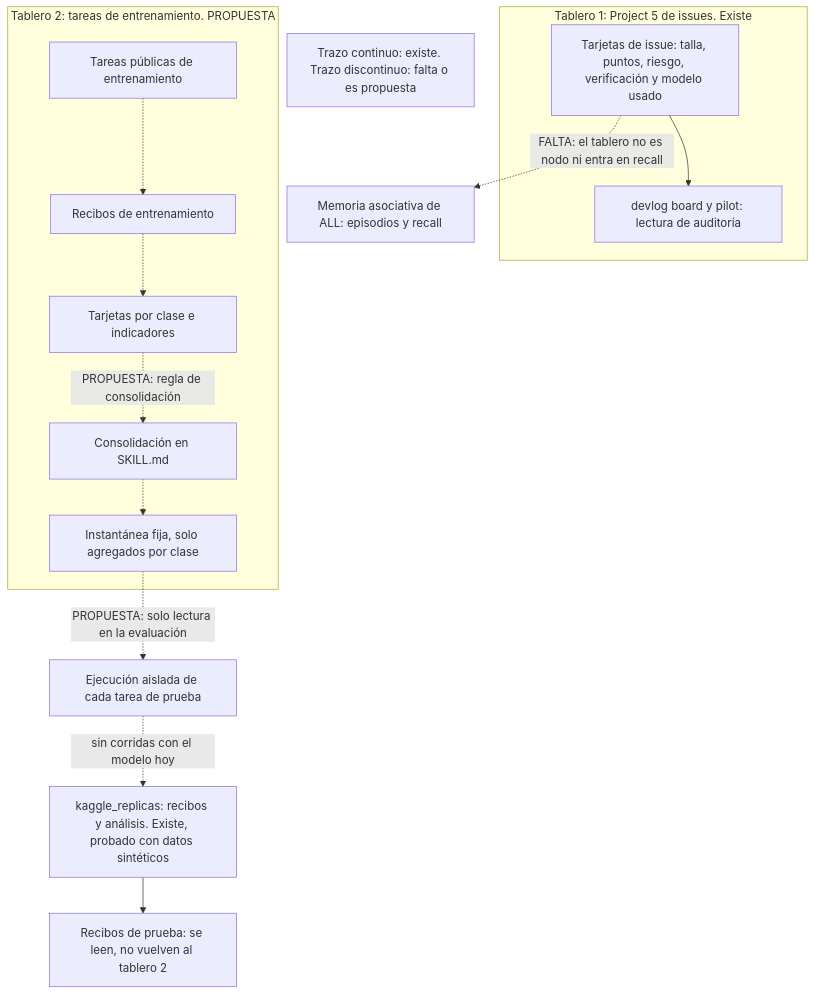
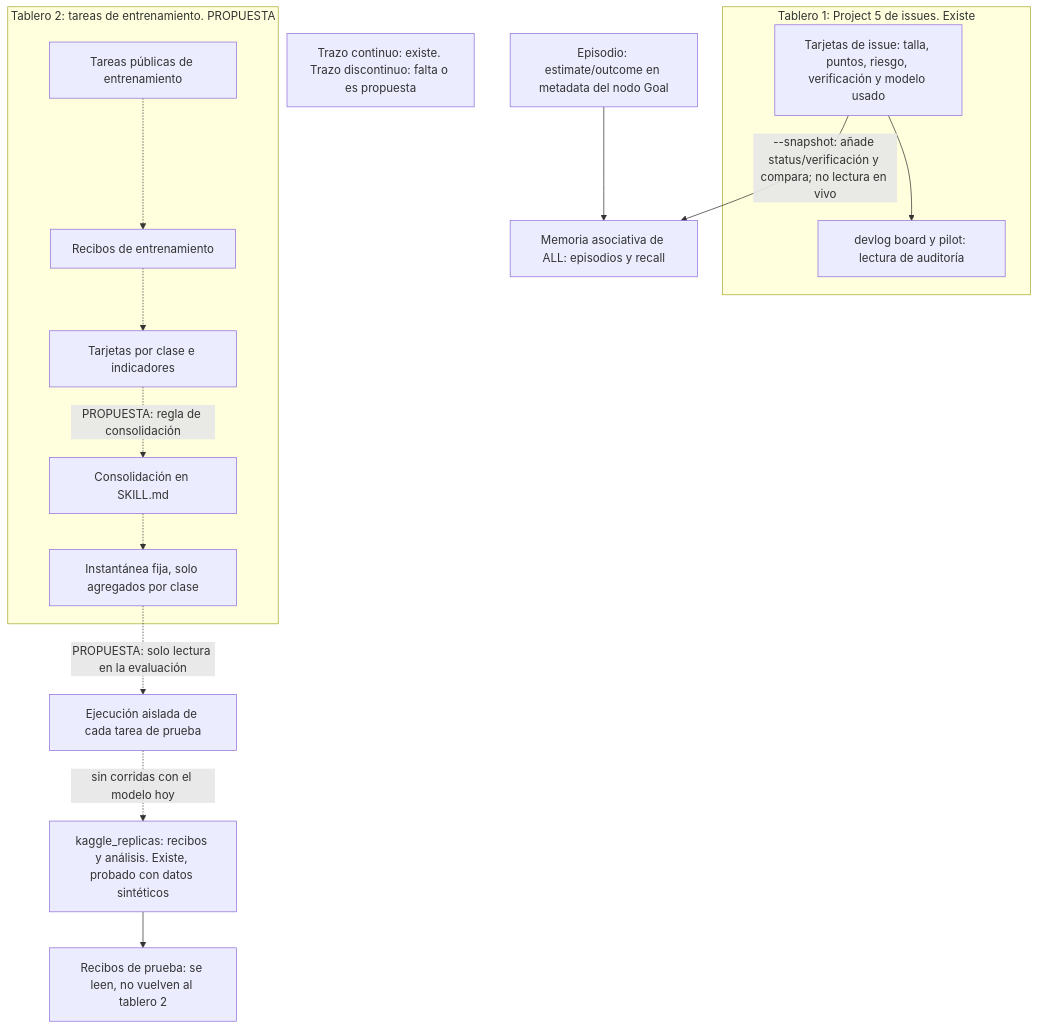
Before and after one commit to cherrera0001/Agents_Learning_Loops: the third of 6 diagrams in experiments/gemma_developer_agent/README.md, drawn with Mermaid. The commit also changed other lines of this file and 2 other files, not shown here.

Commit message:
fix(devlog): clarify recall snapshot provenance (#122)

````diff
--- a/experiments/gemma_developer_agent/README.md
+++ b/experiments/gemma_developer_agent/README.md
@@ -546,25 +550,25 @@
 ```mermaid
 flowchart TD
     LG["Trazo continuo: existe. Trazo discontinuo: falta o es propuesta"]
     subgraph P5["Tablero 1: Project 5 de issues. Existe"]
         TJ["Tarjetas de issue: talla, puntos, riesgo, verificación y modelo usado"]
         BP["devlog board y pilot: lectura de auditoría"]
         TJ --> BP
     end
-    ME["Memoria asociativa de ALL: episodios y recall"]
-    TJ -.->|"FALTA: el tablero no es nodo ni entra en recall"| ME
+    EP["Episodio: estimate/outcome en metadata del nodo Goal"] --> ME["Memoria asociativa de ALL: episodios y recall"]
+    TJ -->|"--snapshot: añade status/verificación y compara; no lectura en vivo"| ME
     subgraph TT["Tablero 2: tareas de entrenamiento. PROPUESTA"]
         TA["Tareas públicas de entrenamiento"]
         RT["Recibos de entrenamiento"]
         TB2["Tarjetas por clase e indicadores"]
         CS["Consolidación en SKILL.md"]
         IN["Instantánea fija, solo agregados por clase"]
         TA -.-> RT -.-> TB2 -.->|"PROPUESTA: regla de consolidación"| CS -.-> IN
     end
     EX["Ejecución aislada de cada tarea de prueba"]
     RP["Recibos de prueba: se leen, no vuelven al tablero 2"]
     RR["kaggle_replicas: recibos y análisis. Existe, probado con datos sintéticos"]
     IN -.->|"PROPUESTA: solo lectura en la evaluación"| EX
     EX -.->|"sin corridas con el modelo hoy"| RR
     RR --> RP
 ```
````
